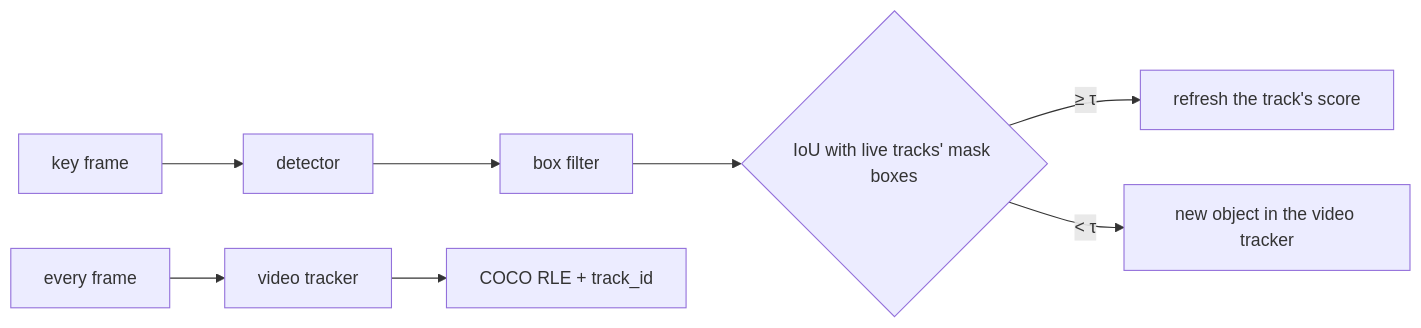
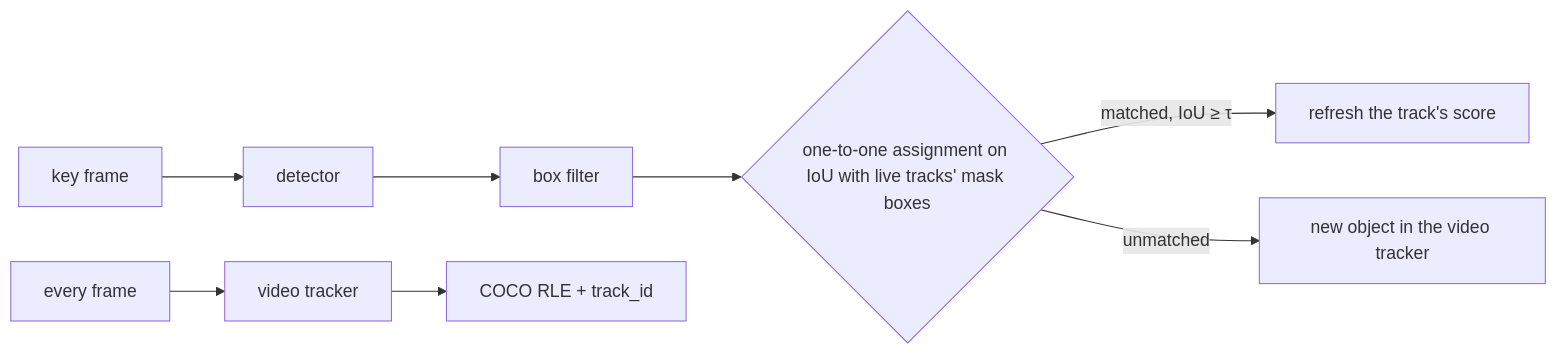
The second of 2 diagrams in docs/autolabel.md (vtarasv/mlops-cv), drawn with Mermaid before and after one commit. The commit also changed other lines of this file and 2 other files, not shown here.

Commit message:
fix: match key-frame boxes to tracks one-to-one, every unmatched box starts a track
Greedy matching dropped a box that lost its track to a better box, so
an object next to a tracked one went untracked. Use the trackers'
convention instead: ultralytics' linear assignment gated at tau.

````diff
--- a/docs/autolabel.md
+++ b/docs/autolabel.md
@@ -58,7 +58,7 @@
 ```mermaid
 flowchart LR
-    K[key frame] --> D[detector] --> F[box filter] --> M{IoU with live tracks' mask boxes}
-    M -- "≥ τ" --> U[refresh the track's score]
-    M -- "< τ" --> A[new object in the video tracker]
+    K[key frame] --> D[detector] --> F[box filter] --> M{one-to-one assignment on IoU with live tracks' mask boxes}
+    M -- "matched, IoU ≥ τ" --> U[refresh the track's score]
+    M -- unmatched --> A[new object in the video tracker]
     T[every frame] --> V[video tracker] --> R[COCO RLE + track_id]
 ```
````
